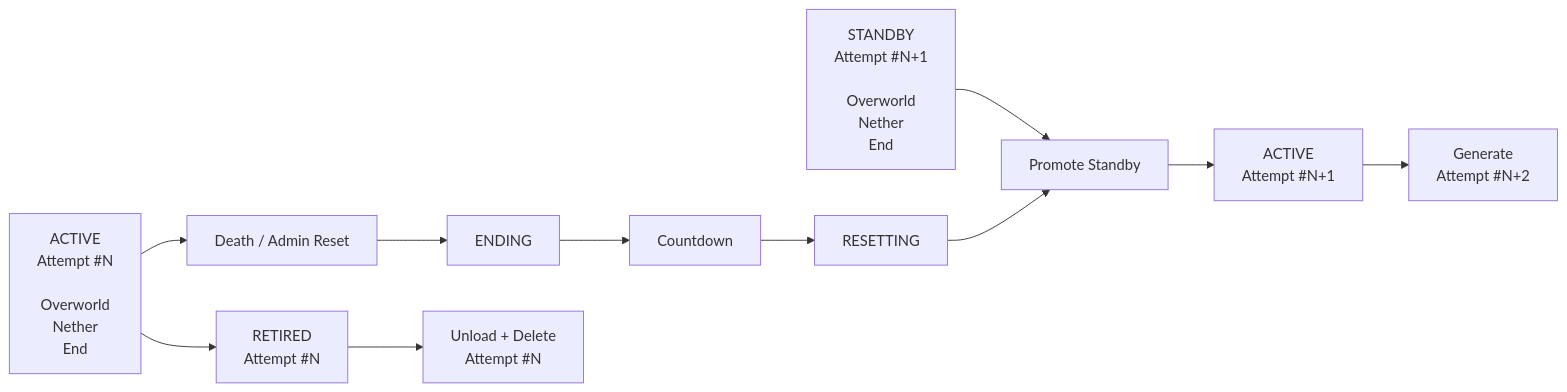
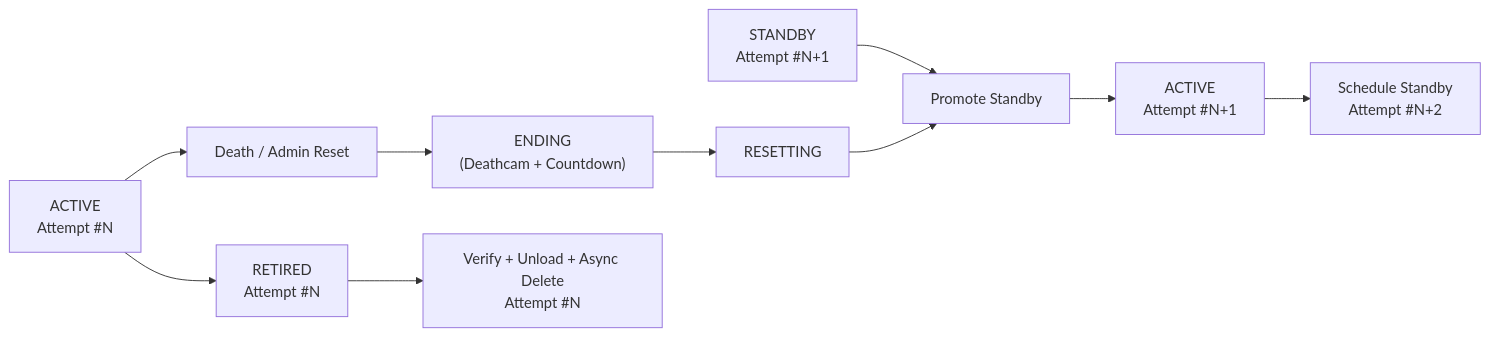
One commit to sukesan7/instigate-hardcore-plugin changed the second of 3 diagrams in docs/ARCHITECTURE.md. Above: the diagram before and after it, drawn with Mermaid. The commit also changed other lines of this file and 39 other files, not shown here.

````diff
--- a/docs/ARCHITECTURE.md
+++ b/docs/ARCHITECTURE.md
@@ -96,26 +70,12 @@
 ```mermaid
 flowchart LR
-    A["ACTIVE<br/>Attempt #N<br/><br/>Overworld<br/>Nether<br/>End"]
-    S["STANDBY<br/>Attempt #N+1<br/><br/>Overworld<br/>Nether<br/>End"]
-
-    D["Death / Admin Reset"]
-    E["ENDING"]
-    C["Countdown"]
-    R["RESETTING"]
-    P["Promote Standby"]
-    N["ACTIVE<br/>Attempt #N+1"]
-    O["RETIRED<br/>Attempt #N"]
-    G["Generate<br/>Attempt #N+2"]
-    X["Unload + Delete<br/>Attempt #N"]
-
-    A --> D
-    D --> E
-    E --> C
-    C --> R
-    S --> P
+    A["ACTIVE<br/>Attempt #N"] --> D["Death / Admin Reset"]
+    D --> E["ENDING<br/>(Deathcam + Countdown)"]
+    E --> R["RESETTING"]
+    S["STANDBY<br/>Attempt #N+1"] --> P["Promote Standby"]
     R --> P
-    P --> N
-    A --> O
-    O --> X
-    N --> G
+    P --> N["ACTIVE<br/>Attempt #N+1"]
+    A --> O["RETIRED<br/>Attempt #N"]
+    O --> X["Verify + Unload + Async Delete<br/>Attempt #N"]
+    N --> G["Schedule Standby<br/>Attempt #N+2"]
 ```
````
